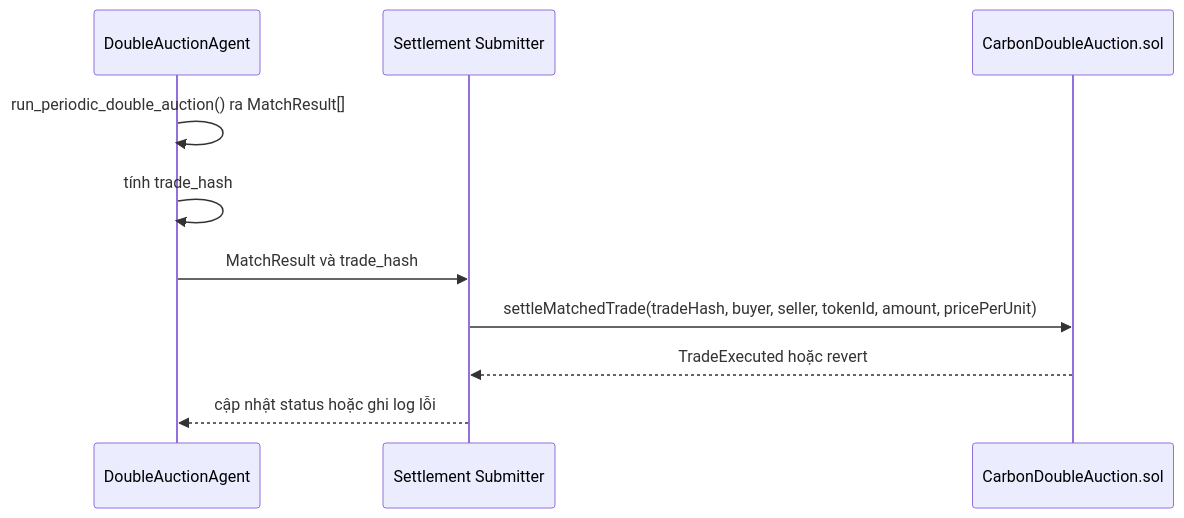
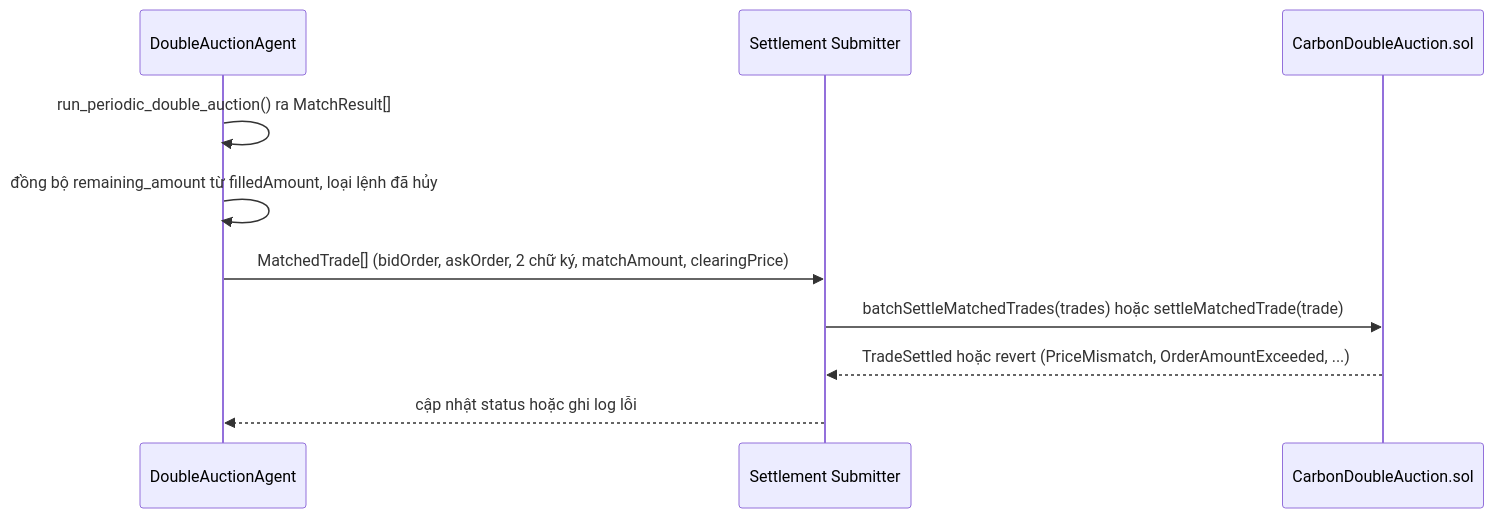
Before and after one commit to HuyDangXuan/decentralized-carbon-trading: the fourth of 4 diagrams in docs/MATCHING_ENGINE_SPEC.md, drawn with Mermaid. The commit also changed other lines of this file, not shown here.

````diff
--- a/docs/MATCHING_ENGINE_SPEC.md
+++ b/docs/MATCHING_ENGINE_SPEC.md
@@ -222,13 +237,13 @@
 ```mermaid
 sequenceDiagram
     participant E as DoubleAuctionAgent
     participant SUB as Settlement Submitter
     participant SC as CarbonDoubleAuction.sol
 
     E->>E: run_periodic_double_auction() ra MatchResult[]
-    E->>E: tính trade_hash
-    E->>SUB: MatchResult và trade_hash
-    SUB->>SC: settleMatchedTrade(tradeHash, buyer, seller, tokenId, amount, pricePerUnit)
-    SC-->>SUB: TradeExecuted hoặc revert
+    E->>E: đồng bộ remaining_amount từ filledAmount, loại lệnh đã hủy
+    E->>SUB: MatchedTrade[] (bidOrder, askOrder, 2 chữ ký, matchAmount, clearingPrice)
+    SUB->>SC: batchSettleMatchedTrades(trades) hoặc settleMatchedTrade(trade)
+    SC-->>SUB: TradeSettled hoặc revert (PriceMismatch, OrderAmountExceeded, ...)
     SUB-->>E: cập nhật status hoặc ghi log lỗi
 ```
````
